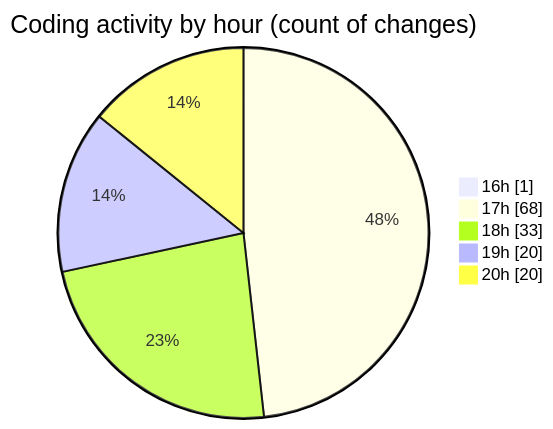
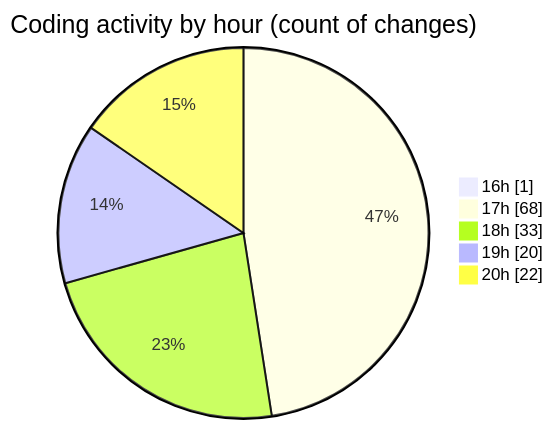
One commit to idhammustaqopulfikri/code-tracking changed the second of 2 diagrams in 2025-05-27/studio-backend/README.md. Above: the diagram before and after it, drawn with Mermaid. The commit also changed other lines of this file and 1 other file, not shown here.

````diff
--- a/2025-05-27/studio-backend/README.md
+++ b/2025-05-27/studio-backend/README.md
@@ -64,9 +64,9 @@
 ```mermaid
 pie showData
 title Coding activity by hour (count of changes)
 "16h" : 1
 "17h" : 68
 "18h" : 33
 "19h" : 20
-"20h" : 20
+"20h" : 22
 ```
````
